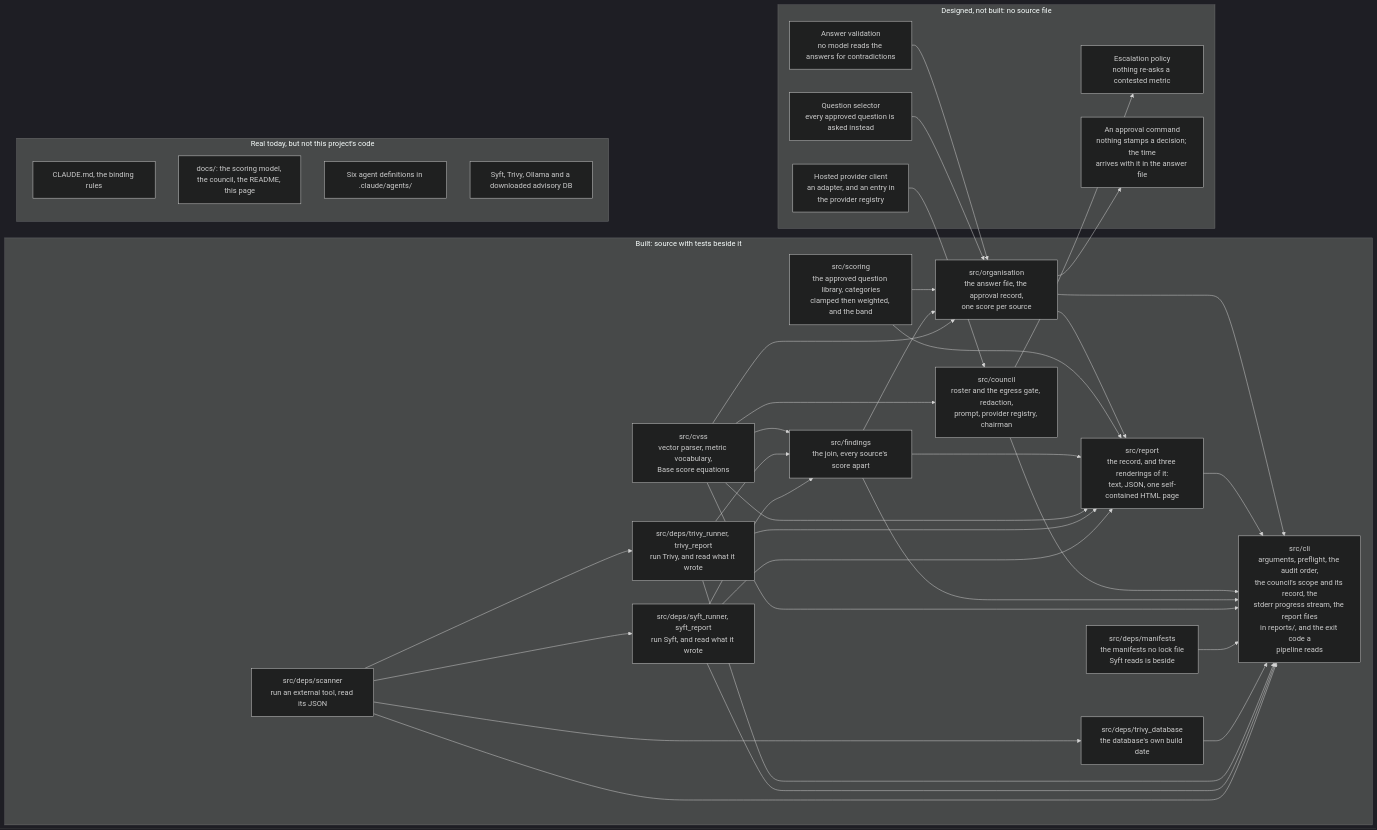
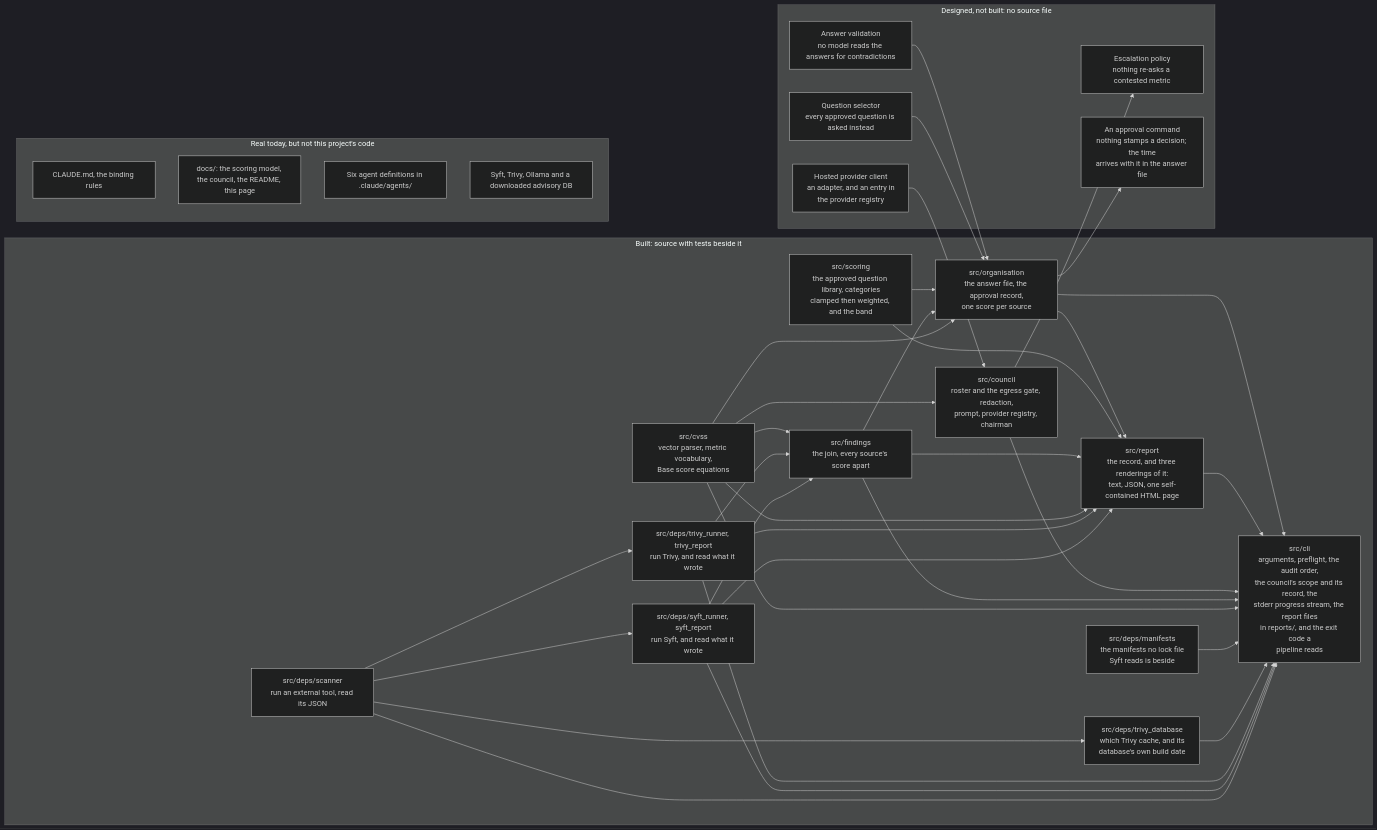
The fifth of 5 diagrams in docs/diagrams.md (heinthtnaung/AgenticLLMAppAuditor), drawn with Mermaid (dark theme) before and after one commit. The commit also changed other lines of this file and 15 other files, not shown here.

First line of the commit message:
Scan with the Trivy cache the preflight dated

````diff
--- a/docs/diagrams.md
+++ b/docs/diagrams.md
@@ -488,64 +491,64 @@
 ```mermaid
 flowchart LR
     subgraph BUILT["Built: source with tests beside it"]
         b0["src/deps/scanner<br/>run an external tool, read its JSON"]
         b1["src/deps/syft_runner, syft_report<br/>run Syft, and read what it wrote"]
         b2["src/deps/trivy_runner, trivy_report<br/>run Trivy, and read what it wrote"]
-        b3["src/deps/trivy_database<br/>the database's own build date"]
+        b3["src/deps/trivy_database<br/>which Trivy cache, and its<br/>database's own build date"]
         b11["src/deps/manifests<br/>the manifests no lock file<br/>Syft reads is beside"]
         b4["src/cvss<br/>vector parser, metric vocabulary,<br/>Base score equations"]
         b5["src/findings<br/>the join, every source's score apart"]
         b7["src/council<br/>roster and the egress gate, redaction,<br/>prompt, provider registry, chairman"]
         b8["src/report<br/>the record, and three renderings of it:<br/>text, JSON, one self-contained HTML page"]
         b9["src/cli<br/>arguments, preflight, the audit order,<br/>the council's scope and its record, the<br/>stderr progress stream, the report files<br/>in reports/, and the exit code a<br/>pipeline reads"]
         b6["src/scoring<br/>the approved question library, categories<br/>clamped then weighted, and the band"]
         b10["src/organisation<br/>the answer file, the approval record,<br/>one score per source"]
         b0 --> b1
         b0 --> b2
         b0 --> b3
         b0 --> b9
         b1 --> b5
         b1 --> b8
         b1 --> b9
         b2 --> b5
         b2 --> b8
         b2 --> b9
         b3 --> b9
         b11 --> b9
         b4 --> b5
         b4 --> b7
         b4 --> b8
         b4 --> b9
         b4 --> b10
         b5 --> b8
         b5 --> b9
         b5 --> b10
         b6 --> b8
         b6 --> b10
         b7 --> b9
         b8 --> b9
         b10 --> b8
         b10 --> b9
     end
 
     subgraph UNBUILT["Designed, not built: no source file"]
         d2["Question selector<br/>every approved question is asked instead"]
         d3["Answer validation<br/>no model reads the answers for contradictions"]
         d6["Hosted provider client<br/>an adapter, and an entry in<br/>the provider registry"]
         d11["Escalation policy<br/>nothing re-asks a contested metric"]
         d12["An approval command<br/>nothing stamps a decision; the time<br/>arrives with it in the answer file"]
     end
 
     d6 --> b7
     b7 --> d11
     d2 --> b10
     d3 --> b10
     b10 --> d12
 
     subgraph REAL["Real today, but not this project's code"]
         x1["CLAUDE.md, the binding rules"]
         x2["docs/: the scoring model, the council, the README, this page"]
         x3["Six agent definitions in .claude/agents/"]
         x4["Syft, Trivy, Ollama and a downloaded advisory DB"]
     end
 ```
````
